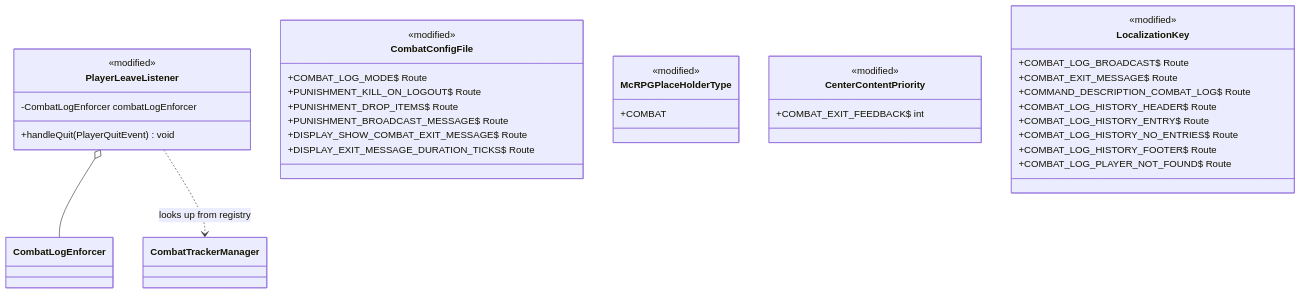
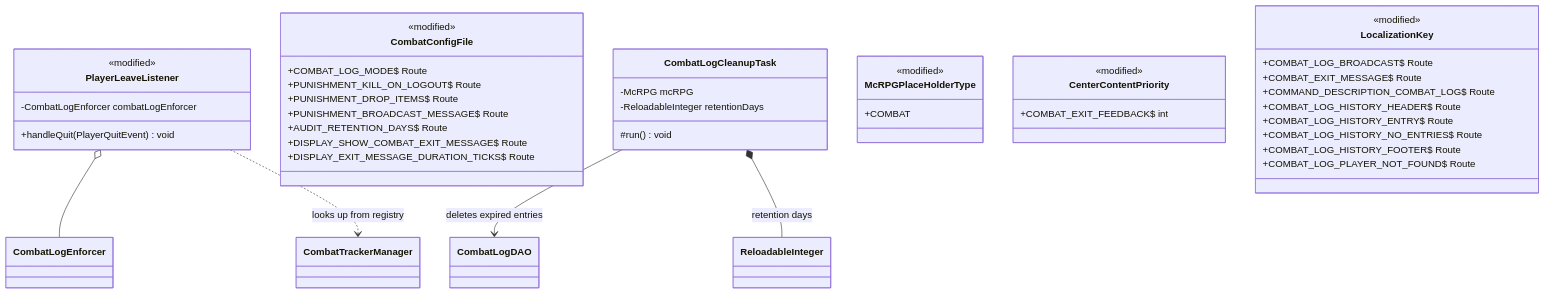
The fourth of 4 diagrams in docs/lld/combat-tracker/phase-3-combat-log-and-display.md (DiamondDagger590/McRPG), drawn with Mermaid before and after one commit. The commit also changed other lines of this file, not shown here.

First line of the commit message:
Use localization manager broadcast in combat log LLD

````diff
--- a/docs/lld/combat-tracker/phase-3-combat-log-and-display.md
+++ b/docs/lld/combat-tracker/phase-3-combat-log-and-display.md
@@ -269,45 +289,54 @@
 ```mermaid
 classDiagram
     class PlayerLeaveListener {
         <<modified>>
         -CombatLogEnforcer combatLogEnforcer
         +handleQuit(PlayerQuitEvent) void
     }
 
     class CombatConfigFile {
         <<modified>>
         <<config>>
         +COMBAT_LOG_MODE$ Route
         +PUNISHMENT_KILL_ON_LOGOUT$ Route
         +PUNISHMENT_DROP_ITEMS$ Route
         +PUNISHMENT_BROADCAST_MESSAGE$ Route
+        +AUDIT_RETENTION_DAYS$ Route
         +DISPLAY_SHOW_COMBAT_EXIT_MESSAGE$ Route
         +DISPLAY_EXIT_MESSAGE_DURATION_TICKS$ Route
+    }
+
+    class CombatLogCleanupTask {
+        -McRPG mcRPG
+        -ReloadableInteger retentionDays
+        #run() void
     }
 
     class McRPGPlaceHolderType {
         <<modified>>
         <<enum>>
         +COMBAT
     }
 
     class CenterContentPriority {
         <<modified>>
         +COMBAT_EXIT_FEEDBACK$ int
     }
 
     class LocalizationKey {
         <<modified>>
         +COMBAT_LOG_BROADCAST$ Route
         +COMBAT_EXIT_MESSAGE$ Route
         +COMMAND_DESCRIPTION_COMBAT_LOG$ Route
         +COMBAT_LOG_HISTORY_HEADER$ Route
         +COMBAT_LOG_HISTORY_ENTRY$ Route
         +COMBAT_LOG_HISTORY_NO_ENTRIES$ Route
         +COMBAT_LOG_HISTORY_FOOTER$ Route
         +COMBAT_LOG_PLAYER_NOT_FOUND$ Route
     }
 
     PlayerLeaveListener o-- CombatLogEnforcer
     PlayerLeaveListener ..> CombatTrackerManager : looks up from registry
+    CombatLogCleanupTask --> CombatLogDAO : deletes expired entries
+    CombatLogCleanupTask *-- ReloadableInteger : retention days
 ```
````
